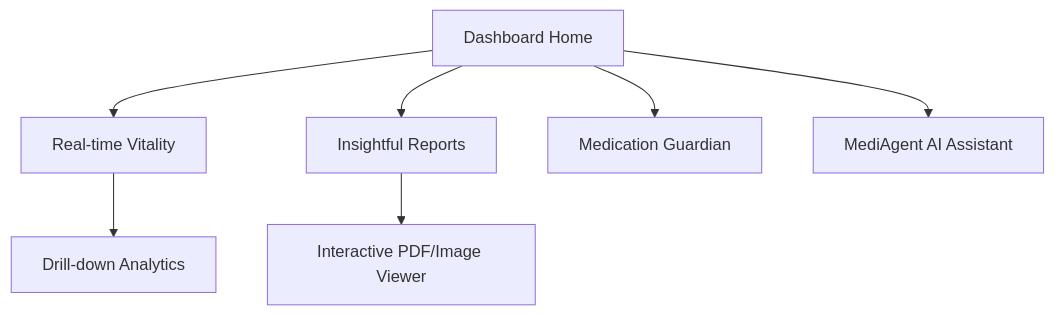
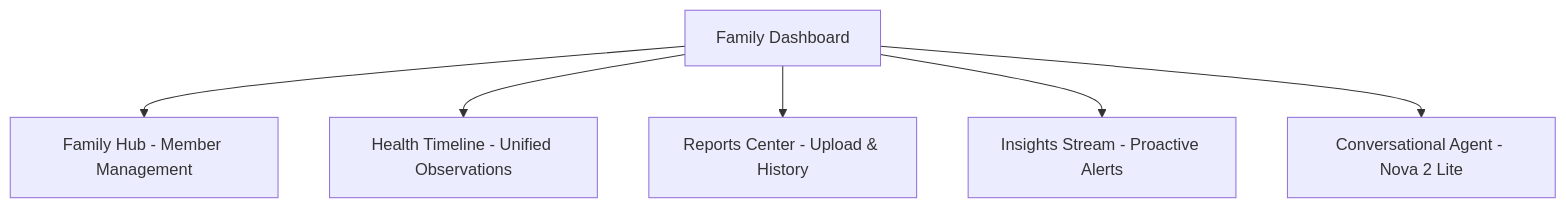
Before and after one commit to AmazonNova-Hackathon/nova-backend: the diagram in docs/pulse_dashboard_prd.md, drawn with Mermaid. The commit also changed other lines of this file and 15 other files, not shown here.

````diff
--- a/docs/pulse_dashboard_prd.md
+++ b/docs/pulse_dashboard_prd.md
@@ -11,10 +10,8 @@
 ```mermaid
 graph TD
-    Home[Dashboard Home] --> Vitals[Real-time Vitality]
-    Home --> Labs[Insightful Reports]
-    Home --> Meds[Medication Guardian]
-    Home --> Chat[MediAgent AI Assistant]
-    
-    Vitals --> Detail[Drill-down Analytics]
-    Labs --> ReportView[Interactive PDF/Image Viewer]
+    Home[Family Dashboard] --> FamilyHub[Family Hub - Member Management]
+    Home --> Timeline[Health Timeline - Unified Observations]
+    Home --> Reports[Reports Center - Upload & History]
+    Home --> Insights[Insights Stream - Proactive Alerts]
+    Home --> Chat[Conversational Agent - Nova 2 Lite]
 ```
````
